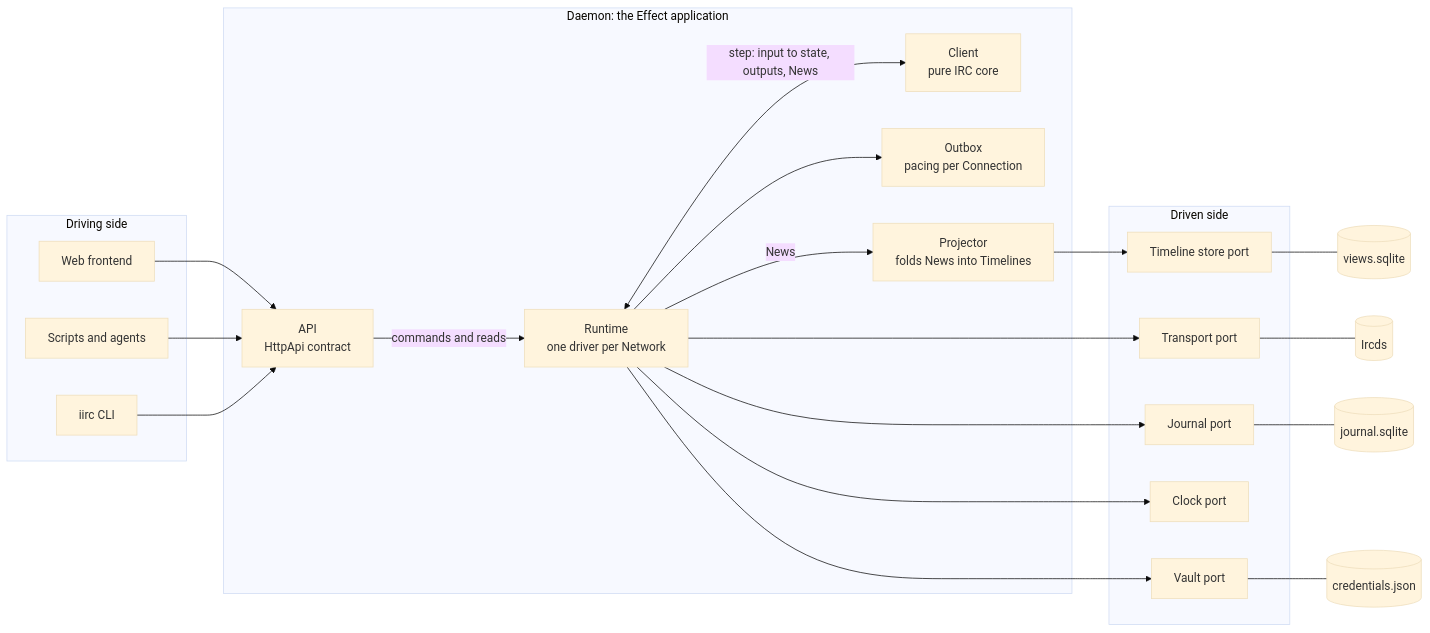
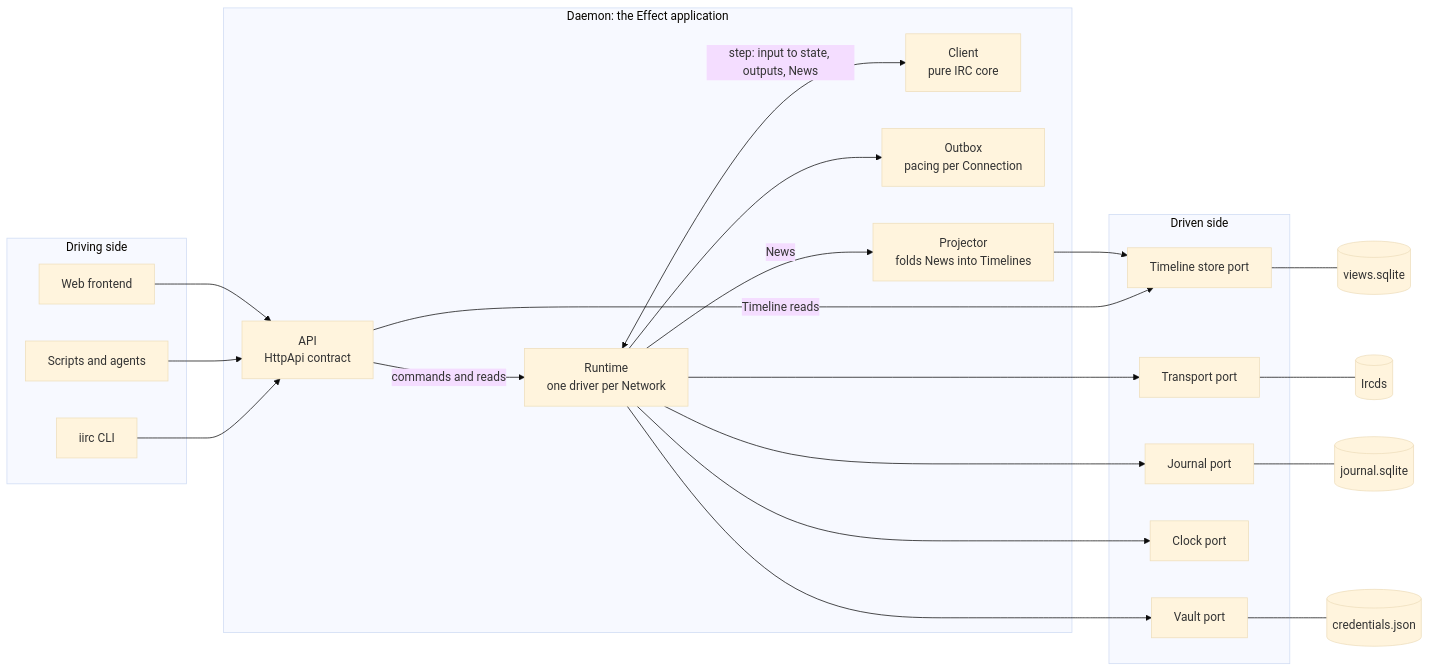
One commit to deankerr/iirc changed the first of 5 diagrams in docs/architecture.md. Above: the diagram before and after it, drawn with Mermaid (base theme). The commit also changed other lines of this file and 27 other files, not shown here.

First line of the commit message:
Serve Timelines on the API

````diff
--- a/docs/architecture.md
+++ b/docs/architecture.md
@@ -13,36 +13,37 @@
 ```mermaid
 flowchart LR
   subgraph driving["Driving side"]
     web["Web frontend"]
     agent["Scripts and agents"]
     cli["iirc CLI"]
   end
 
   subgraph hexagon["Daemon: the Effect application"]
     api["API<br/>HttpApi contract"]
     runtime["Runtime<br/>one driver per Network"]
     client["Client<br/>pure IRC core"]
     outbox["Outbox<br/>pacing per Connection"]
     projector["Projector<br/>folds News into Timelines"]
     api -->|"commands and reads"| runtime
     runtime <-->|"step: input to state, outputs, News"| client
     runtime --> outbox
     runtime -->|"News"| projector
   end
 
   subgraph driven["Driven side"]
     transport["Transport port"]
     journal["Journal port"]
     vault["Vault port"]
     clock["Clock port"]
     timelines["Timeline store port"]
   end
 
   web & agent & cli --> api
   runtime --> transport & journal & vault & clock
   projector --> timelines
+  api -->|"Timeline reads"| timelines
   transport --- ircd[("Ircds")]
   journal --- sqlite[("journal.sqlite")]
   vault --- store[("credentials.json")]
   timelines --- views[("views.sqlite")]
 ```
````
